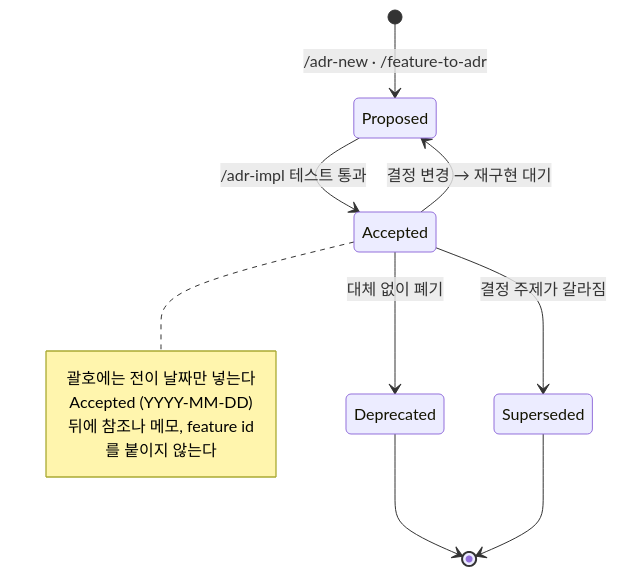
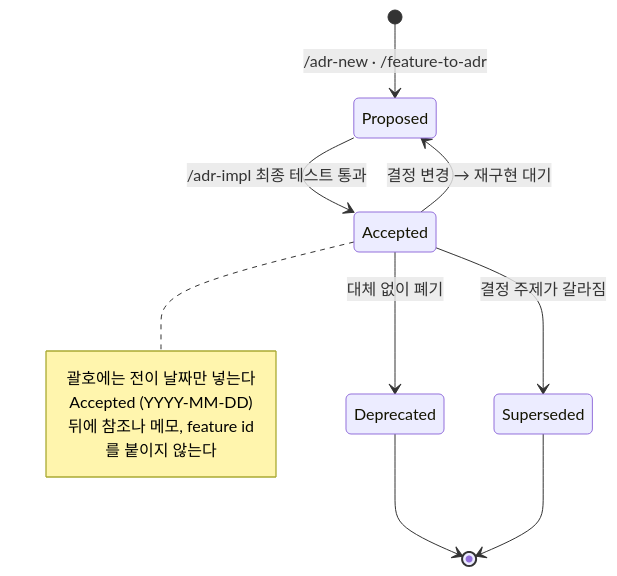
The seventh of 8 diagrams in docs/adr-process.md (haandol/alps-writer-mcp), drawn with Mermaid before and after one commit. The commit also changed other lines of this file and 23 other files, not shown here.

````diff
--- a/docs/adr-process.md
+++ b/docs/adr-process.md
@@ -354,16 +361,16 @@
 ```mermaid
 stateDiagram-v2
     [*] --> Proposed: /adr-new · /feature-to-adr
-    Proposed --> Accepted: /adr-impl 테스트 통과
+    Proposed --> Accepted: /adr-impl 최종 테스트 통과
     Accepted --> Proposed: 결정 변경 → 재구현 대기
     Accepted --> Deprecated: 대체 없이 폐기
     Accepted --> Superseded: 결정 주제가 갈라짐
     Deprecated --> [*]
     Superseded --> [*]
 
     note right of Accepted
         괄호에는 전이 날짜만 넣는다
         Accepted (YYYY-MM-DD)
         뒤에 참조나 메모, feature id를 붙이지 않는다
     end note
 ```
````
